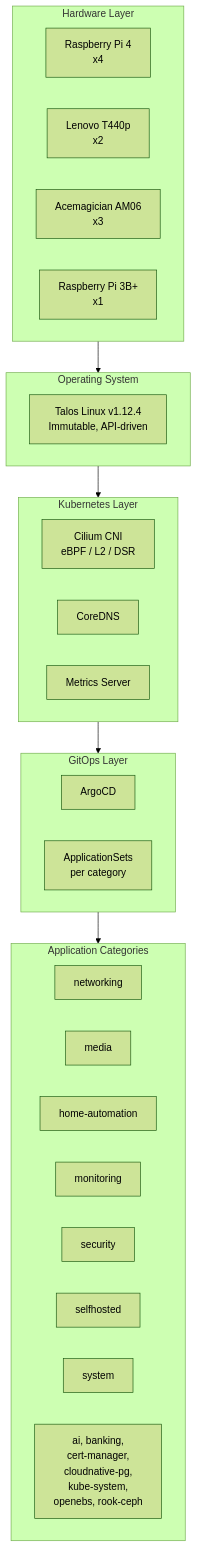
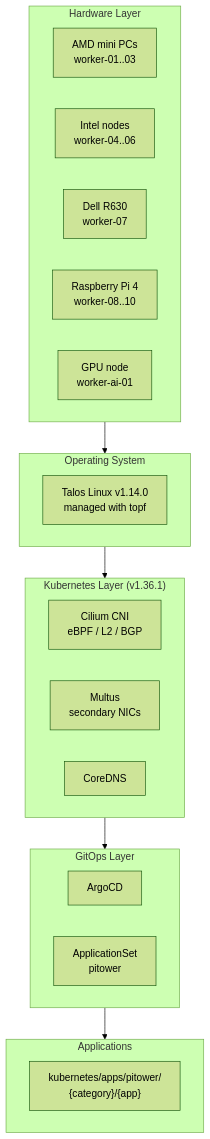
The first of 3 diagrams in docs/getting-started/architecture-overview.md (swibrow/home-ops), drawn with Mermaid (forest theme) before and after one commit. The commit also changed other lines of this file and 105 other files, not shown here.

````diff
--- a/docs/getting-started/architecture-overview.md
+++ b/docs/getting-started/architecture-overview.md
@@ -11,44 +11,38 @@
 ```mermaid
 flowchart TB
     subgraph Hardware["Hardware Layer"]
         direction LR
-        RPi4["Raspberry Pi 4\nx4"]
-        Lenovo["Lenovo T440p\nx2"]
-        Ace["Acemagician AM06\nx3"]
-        RPi3["Raspberry Pi 3B+\nx1"]
+        AMD["AMD mini PCs\nworker-01..03"]
+        Intel["Intel nodes\nworker-04..06"]
+        R630["Dell R630\nworker-07"]
+        RPi["Raspberry Pi 4\nworker-08..10"]
+        GPU["GPU node\nworker-ai-01"]
     end
 
     subgraph OS["Operating System"]
-        Talos["Talos Linux v1.12.4\nImmutable, API-driven"]
+        Talos["Talos Linux v1.14.0\nmanaged with topf"]
     end
 
-    subgraph K8s["Kubernetes Layer"]
+    subgraph K8s["Kubernetes Layer (v1.36.1)"]
         direction LR
-        Cilium["Cilium CNI\neBPF / L2 / DSR"]
+        Cilium["Cilium CNI\neBPF / L2 / BGP"]
+        Multus["Multus\nsecondary NICs"]
         CoreDNS["CoreDNS"]
-        Metrics["Metrics Server"]
     end
 
     subgraph GitOps["GitOps Layer"]
         direction LR
         ArgoCD["ArgoCD"]
-        AppSets["ApplicationSets\nper category"]
+        AppSet["ApplicationSet\npitower"]
     end
 
-    subgraph Apps["Application Categories"]
+    subgraph Apps["Applications"]
         direction LR
-        Net["networking"]
-        Media["media"]
-        HA["home-automation"]
-        Mon["monitoring"]
-        Sec["security"]
-        Self["selfhosted"]
-        Sys["system"]
-        More["ai, banking,\ncert-manager,\ncloudnative-pg,\nkube-system,\nopenebs, rook-ceph"]
+        Cat["kubernetes/apps/pitower/\n{category}/{app}"]
     end
 
     Hardware --> OS
     OS --> K8s
     K8s --> GitOps
     GitOps --> Apps
 ```
````
